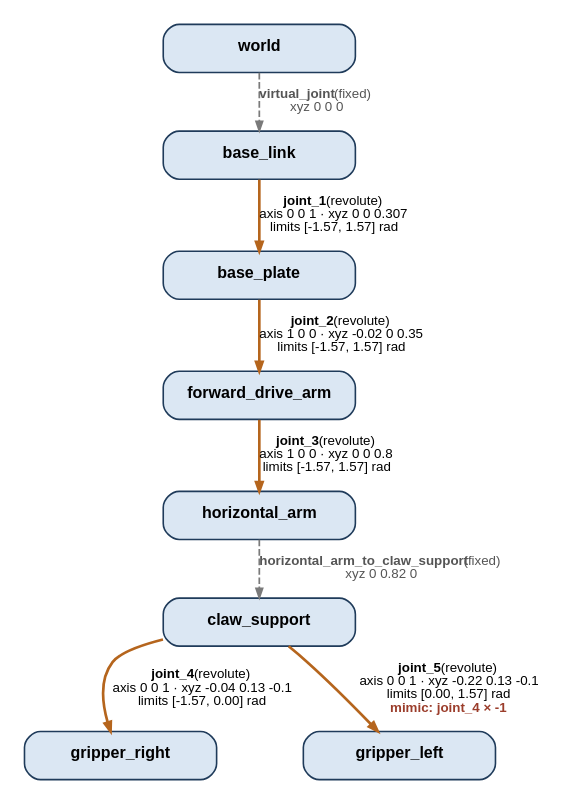
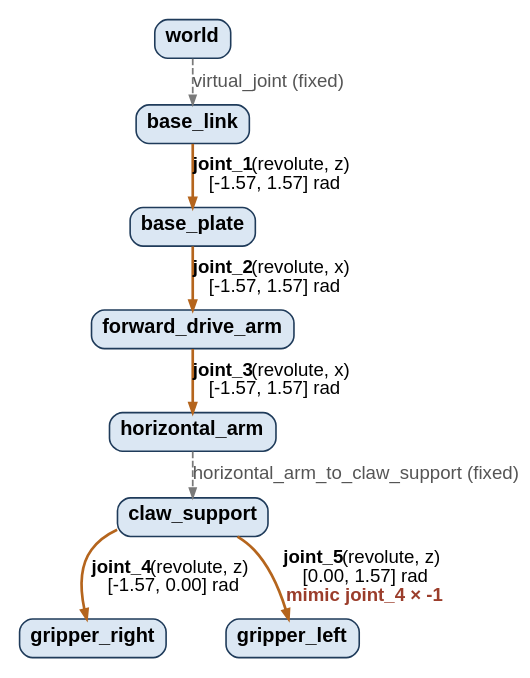
Before and after one commit to blertahajdiniazemi/tower: the diagram in ros2_manipulator_assignment/report/figures/src/fig05_urdf_tree.dot, drawn with Graphviz. The commit also changed 29 other files, not shown here.

```diff
--- a/ros2_manipulator_assignment/report/figures/src/fig05_urdf_tree.dot
+++ b/ros2_manipulator_assignment/report/figures/src/fig05_urdf_tree.dot
@@ -1,21 +1,21 @@
 // Generated by make_figures.py from verification output model_report.json
 digraph urdf {
-  graph [rankdir=TB, fontname="Liberation Sans", nodesep=0.9, ranksep=0.32, pad=0.15];
-  node [fontname="Liberation Sans", fontsize=12, shape=box, style="rounded,filled", fillcolor="#dbe7f3", color="#1f3b5a", penwidth=1.2, width=2.0];
-  edge [fontname="Liberation Sans", fontsize=10, color="#1f3b5a", penwidth=1.3, arrowsize=0.7];
+  graph [rankdir=TB, fontname="Liberation Sans", nodesep=0.35, ranksep=0.28, pad=0.1];
+  node [fontname="Liberation Sans", fontsize=15, shape=box, style="rounded,filled", fillcolor="#dbe7f3", color="#1f3b5a", penwidth=1.2, height=0.4];
+  edge [fontname="Liberation Sans", fontsize=14, color="#1f3b5a", penwidth=1.3, arrowsize=0.7];
   "world" [label=<<b>world</b>>];
   "base_link" [label=<<b>base_link</b>>];
   "base_plate" [label=<<b>base_plate</b>>];
   "forward_drive_arm" [label=<<b>forward_drive_arm</b>>];
   "horizontal_arm" [label=<<b>horizontal_arm</b>>];
   "claw_support" [label=<<b>claw_support</b>>];
   "gripper_right" [label=<<b>gripper_right</b>>];
   "gripper_left" [label=<<b>gripper_left</b>>];
-  "world" -> "base_link" [style=dashed, color="#7a7a7a", label=<<font color="#555555"><b>virtual_joint</b> (fixed)<br/>xyz 0 0 0</font>>];
-  "base_link" -> "base_plate" [color="#b5651d", penwidth=2.0, label=<<b>joint_1</b> (revolute)<br/>axis 0 0 1 · xyz 0 0 0.307<br/>limits [-1.57, 1.57] rad>];
-  "base_plate" -> "forward_drive_arm" [color="#b5651d", penwidth=2.0, label=<<b>joint_2</b> (revolute)<br/>axis 1 0 0 · xyz -0.02 0 0.35<br/>limits [-1.57, 1.57] rad>];
-  "forward_drive_arm" -> "horizontal_arm" [color="#b5651d", penwidth=2.0, label=<<b>joint_3</b> (revolute)<br/>axis 1 0 0 · xyz 0 0 0.8<br/>limits [-1.57, 1.57] rad>];
-  "horizontal_arm" -> "claw_support" [style=dashed, color="#7a7a7a", label=<<font color="#555555"><b>horizontal_arm_to_claw_support</b> (fixed)<br/>xyz 0 0.82 0</font>>];
-  "claw_support" -> "gripper_right" [color="#b5651d", penwidth=2.0, label=<<b>joint_4</b> (revolute)<br/>axis 0 0 1 · xyz -0.04 0.13 -0.1<br/>limits [-1.57, 0.00] rad>];
-  "claw_support" -> "gripper_left" [color="#b5651d", penwidth=2.0, label=<<b>joint_5</b> (revolute)<br/>axis 0 0 1 · xyz -0.22 0.13 -0.1<br/>limits [0.00, 1.57] rad<br/><font color="#9b3d2b"><b>mimic: joint_4 × -1</b></font>>];
+  "world" -> "base_link" [style=dashed, color="#7a7a7a", label=<<font color="#555555">virtual_joint (fixed)</font>>];
+  "base_link" -> "base_plate" [color="#b5651d", penwidth=2.0, label=<<b>joint_1</b> (revolute, z)<br/>[-1.57, 1.57] rad>];
+  "base_plate" -> "forward_drive_arm" [color="#b5651d", penwidth=2.0, label=<<b>joint_2</b> (revolute, x)<br/>[-1.57, 1.57] rad>];
+  "forward_drive_arm" -> "horizontal_arm" [color="#b5651d", penwidth=2.0, label=<<b>joint_3</b> (revolute, x)<br/>[-1.57, 1.57] rad>];
+  "horizontal_arm" -> "claw_support" [style=dashed, color="#7a7a7a", label=<<font color="#555555">horizontal_arm_to_claw_support (fixed)</font>>];
+  "claw_support" -> "gripper_right" [color="#b5651d", penwidth=2.0, label=<<b>joint_4</b> (revolute, z)<br/>[-1.57, 0.00] rad>];
+  "claw_support" -> "gripper_left" [color="#b5651d", penwidth=2.0, label=<<b>joint_5</b> (revolute, z)<br/>[0.00, 1.57] rad<br/><font color="#9b3d2b"><b>mimic joint_4 × -1</b></font>>];
 }
```
